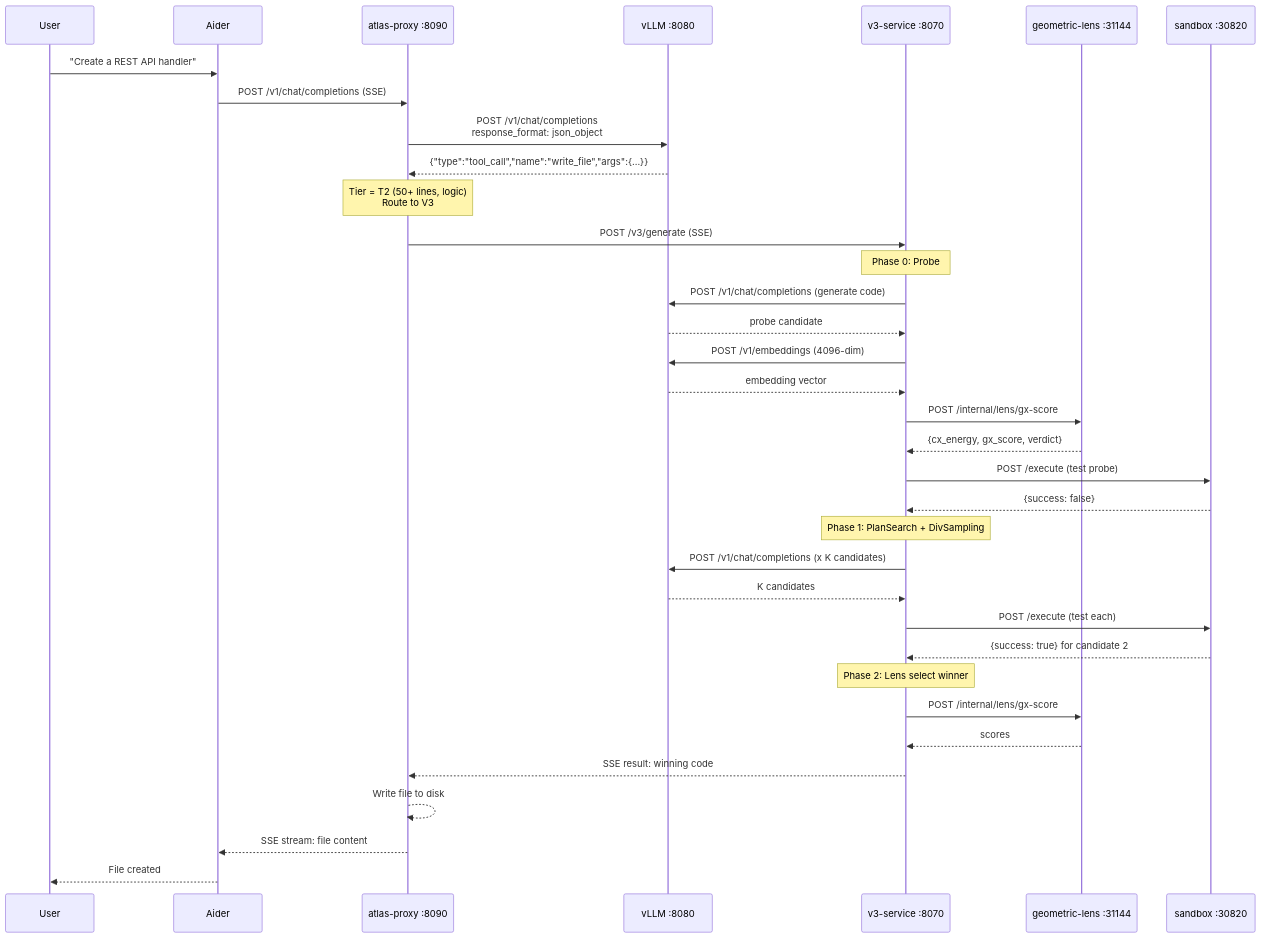
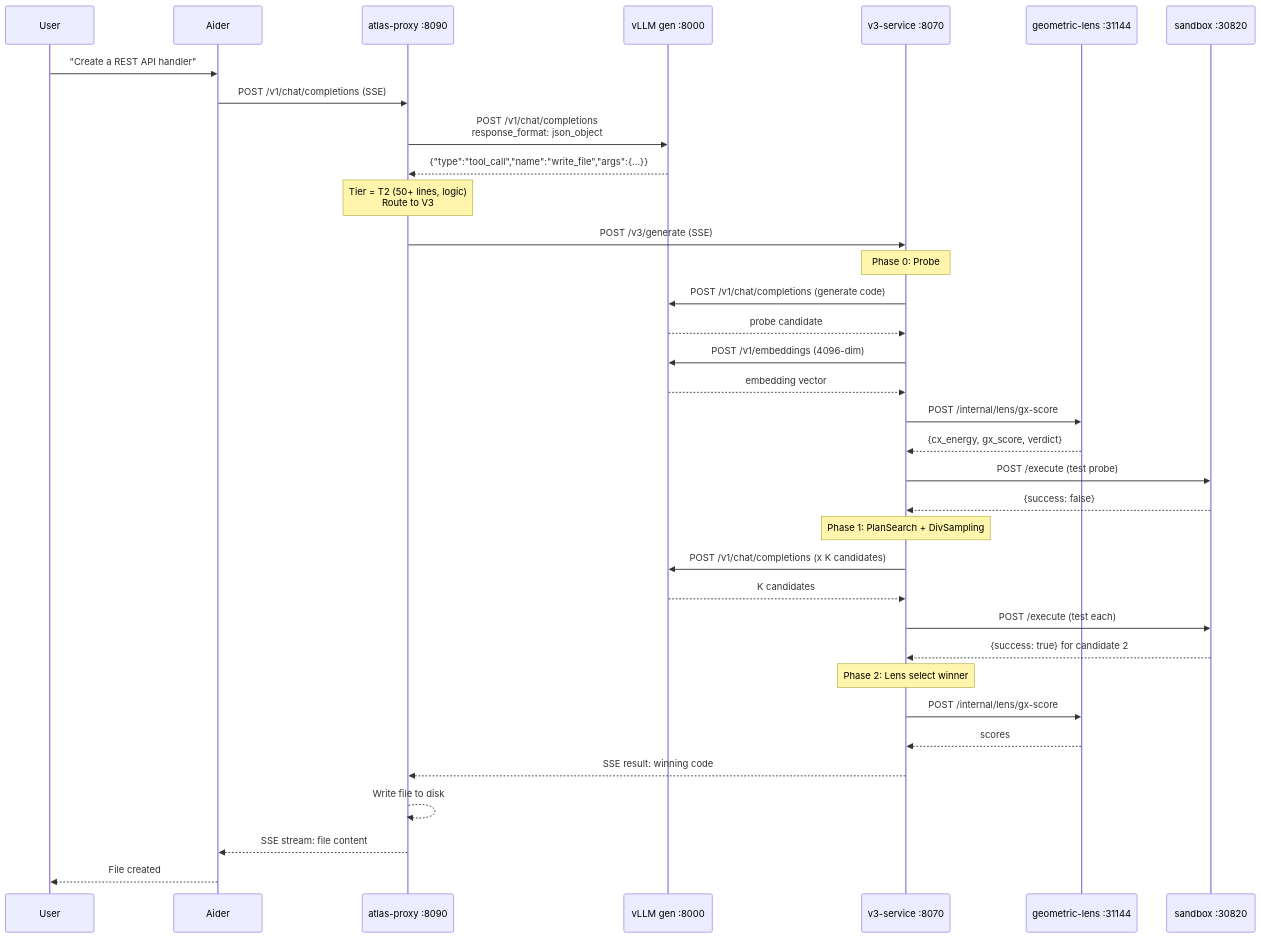
Diagram 12 of 13 in docs/ARCHITECTURE.md (itigges22/ATLAS), drawn with Mermaid before and after one commit. The commit also changed other lines of this file and 7 other files, not shown here.

````diff
--- a/docs/ARCHITECTURE.md
+++ b/docs/ARCHITECTURE.md
@@ -517,42 +517,42 @@
 ```mermaid
 sequenceDiagram
     participant U as User
     participant A as Aider
     participant P as atlas-proxy :8090
-    participant L as vLLM :8080
+    participant L as vLLM gen :8000
     participant V as v3-service :8070
     participant G as geometric-lens :31144
     participant S as sandbox :30820
 
     U->>A: "Create a REST API handler"
     A->>P: POST /v1/chat/completions (SSE)
     P->>L: POST /v1/chat/completions<br/>response_format: json_object
     L-->>P: {"type":"tool_call","name":"write_file","args":{...}}
     Note over P: Tier = T2 (50+ lines, logic)<br/>Route to V3
 
     P->>V: POST /v3/generate (SSE)
     Note over V: Phase 0: Probe
     V->>L: POST /v1/chat/completions (generate code)
     L-->>V: probe candidate
     V->>L: POST /v1/embeddings (4096-dim)
     L-->>V: embedding vector
     V->>G: POST /internal/lens/gx-score
     G-->>V: {cx_energy, gx_score, verdict}
     V->>S: POST /execute (test probe)
     S-->>V: {success: false}
 
     Note over V: Phase 1: PlanSearch + DivSampling
     V->>L: POST /v1/chat/completions (x K candidates)
     L-->>V: K candidates
     V->>S: POST /execute (test each)
     S-->>V: {success: true} for candidate 2
 
     Note over V: Phase 2: Lens select winner
     V->>G: POST /internal/lens/gx-score
     G-->>V: scores
 
     V-->>P: SSE result: winning code
     P-->>P: Write file to disk
     P-->>A: SSE stream: file content
     A-->>U: File created
 ```
````
